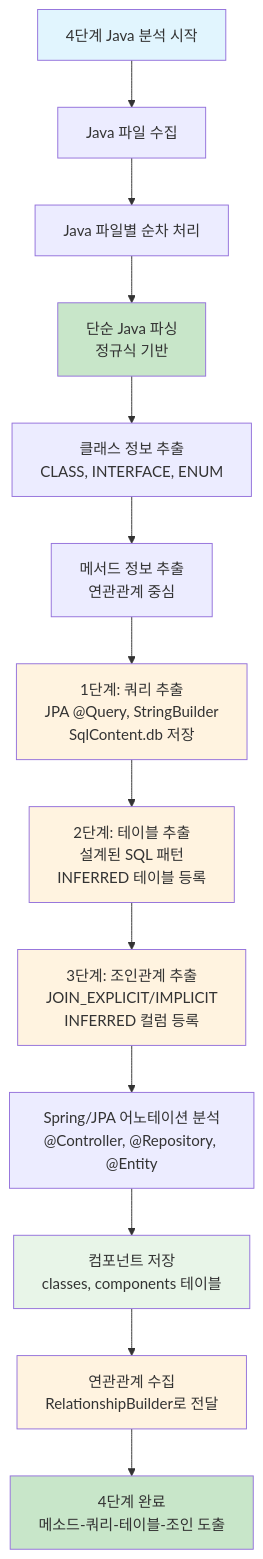
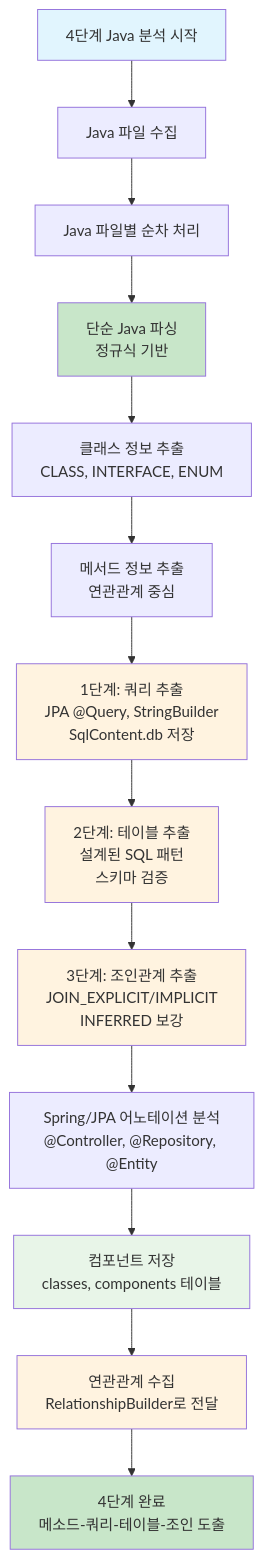
One commit to kumtaek/CreateMetaDb changed the first of 3 diagrams in docs/07_4단계_Java_분석_구현서.md. Above: the diagram before and after it, drawn with Mermaid. The commit also changed 127 other files, not shown here.

````diff
--- a/docs/07_4단계_Java_분석_구현서.md
+++ b/docs/07_4단계_Java_분석_구현서.md
@@ -51,24 +51,24 @@
 ```mermaid
 flowchart TD
     A[4단계 Java 분석 시작] --> B[Java 파일 수집]
     B --> C[Java 파일별 순차 처리]
     C --> D["단순 Java 파싱<br/>정규식 기반"]
     D --> E["클래스 정보 추출<br/>CLASS, INTERFACE, ENUM"]
     E --> F["메서드 정보 추출<br/>연관관계 중심"]
     F --> G1["1단계: 쿼리 추출<br/>JPA @Query, StringBuilder<br/>SqlContent.db 저장"]
-    G1 --> G2["2단계: 테이블 추출<br/>설계된 SQL 패턴<br/>INFERRED 테이블 등록"]
-    G2 --> G3["3단계: 조인관계 추출<br/>JOIN_EXPLICIT/IMPLICIT<br/>INFERRED 컬럼 등록"]
+    G1 --> G2["2단계: 테이블 추출<br/>설계된 SQL 패턴<br/>스키마 검증"]
+    G2 --> G3["3단계: 조인관계 추출<br/>JOIN_EXPLICIT/IMPLICIT<br/>INFERRED 보강"]
     G3 --> H["Spring/JPA 어노테이션 분석<br/>@Controller, @Repository, @Entity"]
     H --> I["컴포넌트 저장<br/>classes, components 테이블"]
     I --> J["연관관계 수집<br/>RelationshipBuilder로 전달"]
     J --> K["4단계 완료<br/>메소드-쿼리-테이블-조인 도출"]
     
     style A fill:#e1f5fe
     style K fill:#c8e6c9
     style D fill:#c8e6c9
     style G1 fill:#fff3e0
     style G2 fill:#fff3e0
     style G3 fill:#fff3e0
     style I fill:#e8f5e8
     style J fill:#fff3e0
 ```
````
